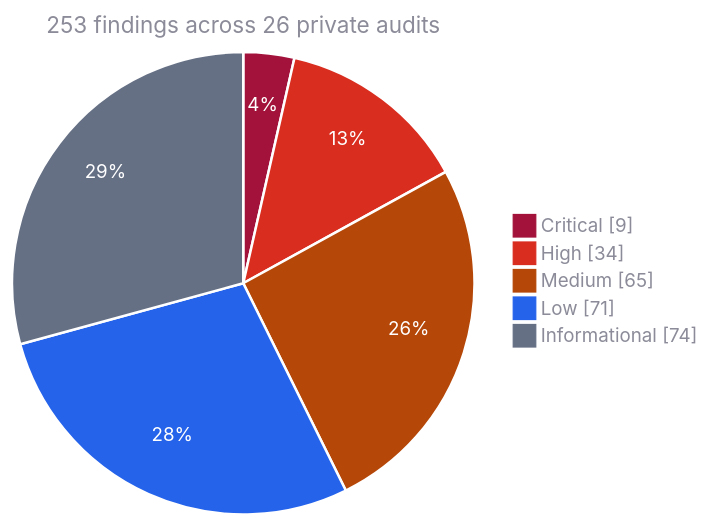
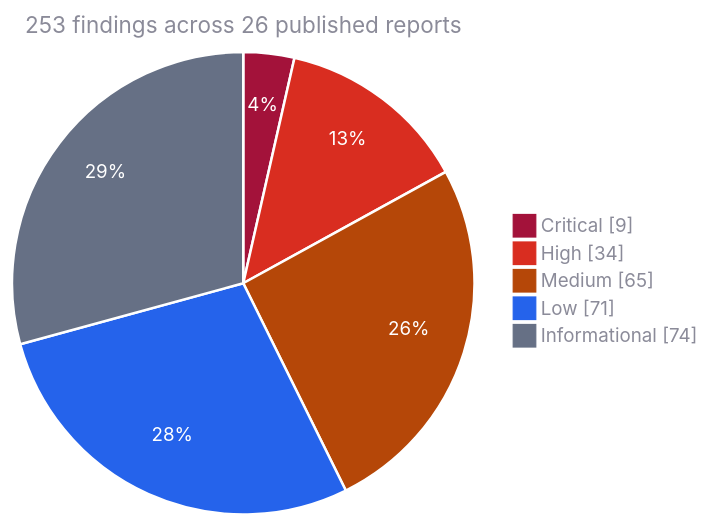
One commit to Kann-Audits/Kann-Audits changed the first of 2 diagrams in README.md. Above: the diagram before and after it, drawn with Mermaid.

Commit message:
Clarify published report chart title

````diff
--- a/README.md
+++ b/README.md
@@ -88,10 +88,10 @@
 ```mermaid
 %%{init: {"theme": "base", "themeVariables": {"pie1": "#a3123a", "pie2": "#d92d20", "pie3": "#b54708", "pie4": "#2563eb", "pie5": "#667085", "pieStrokeColor": "#ffffff", "pieStrokeWidth": "2px", "pieOuterStrokeWidth": "0px", "pieOpacity": "1", "pieSectionTextColor": "#ffffff", "pieSectionTextSize": "15px", "pieTitleTextColor": "#8b8b99", "pieTitleTextSize": "18px", "pieLegendTextColor": "#8b8b99", "pieLegendTextSize": "15px"}}}%%
 pie showData
-    title 253 findings across 26 private audits
+    title 253 findings across 26 published reports
     "Critical" : 9
     "High" : 34
     "Medium" : 65
     "Low" : 71
     "Informational" : 74
 ```
````
